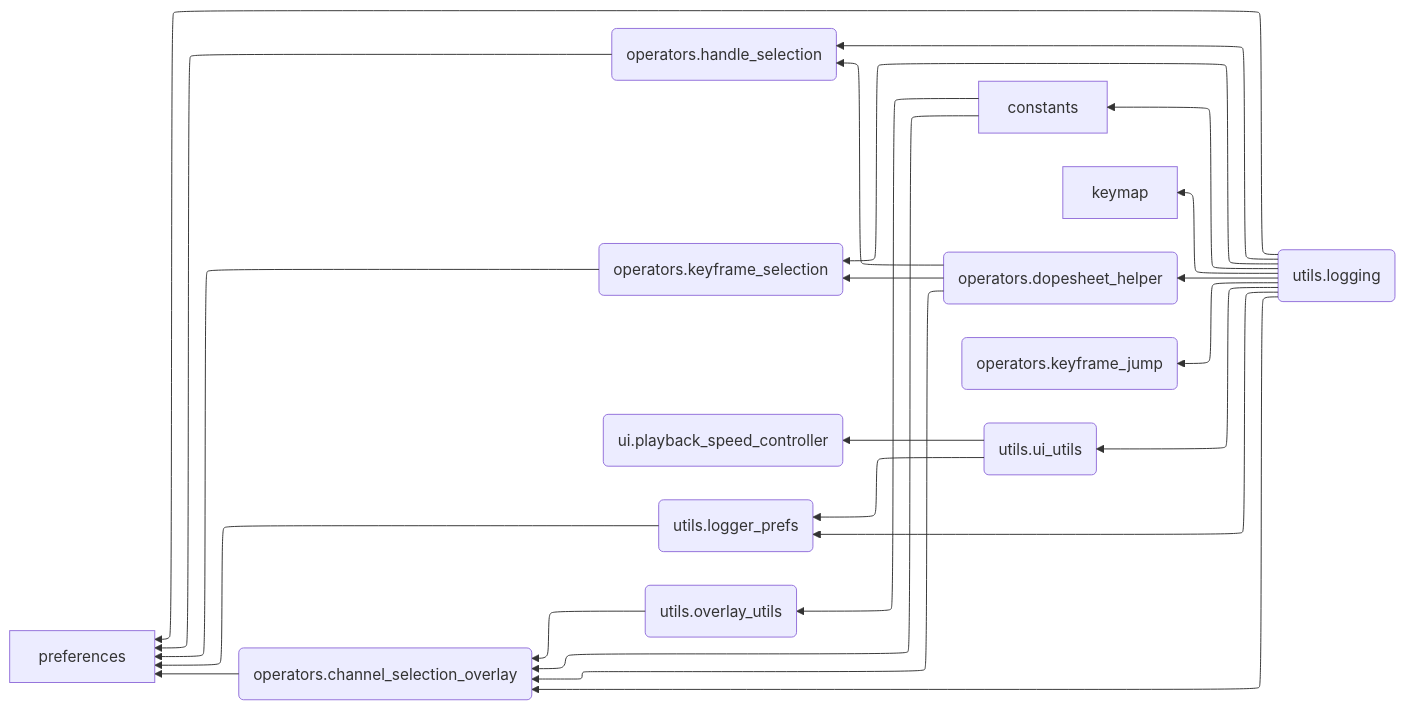
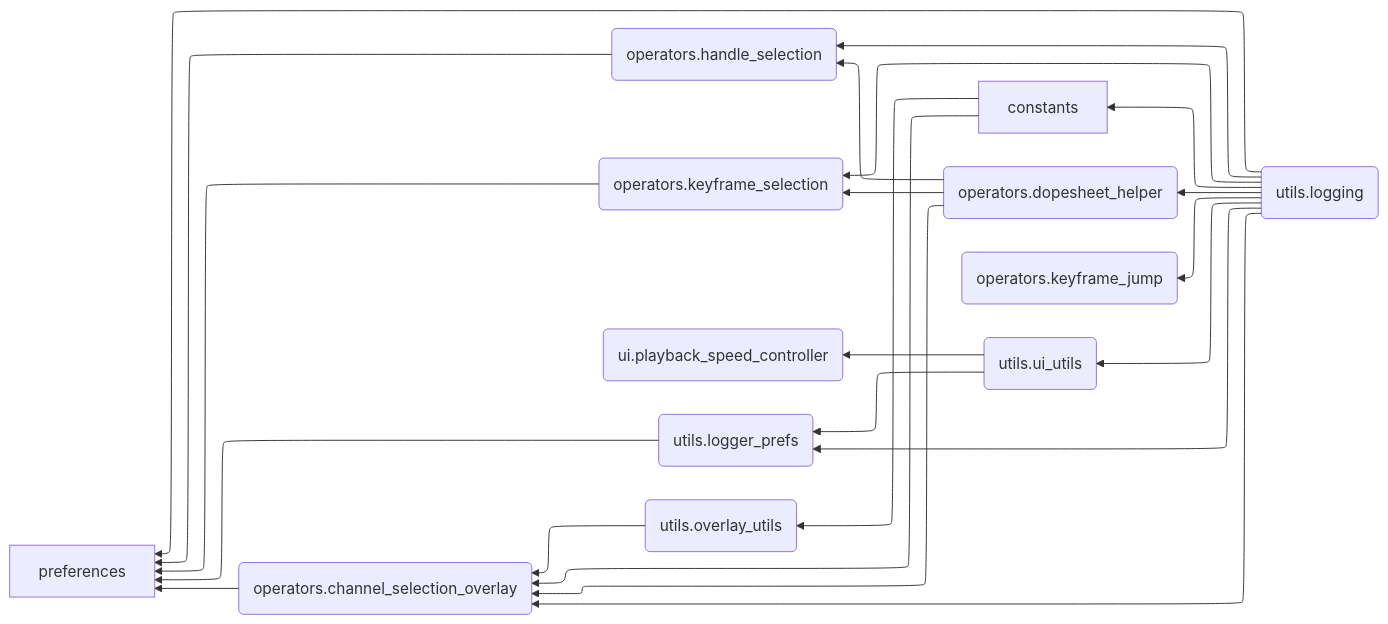
One commit to Pluglug/graph_monkey changed the diagram in docs/debug/module_dependencies.mmd. Above: the diagram before and after it, drawn with Mermaid. The commit also changed 12 other files, not shown here.

```diff
--- a/docs/debug/module_dependencies.mmd
+++ b/docs/debug/module_dependencies.mmd
@@ -1,43 +1,41 @@
 ---
 config:
   theme: mc
   layout: elk
   flowchart:
     curve: basis
 ---
 flowchart RL
     constants[constants]
-    keymap[keymap]
     operators_channel_selection_overlay(operators.channel_selection_overlay)
     operators_dopesheet_helper(operators.dopesheet_helper)
     operators_handle_selection(operators.handle_selection)
     operators_keyframe_jump(operators.keyframe_jump)
     operators_keyframe_selection(operators.keyframe_selection)
     preferences[preferences]
     ui_playback_speed_controller(ui.playback_speed_controller)
     utils_logger_prefs(utils.logger_prefs)
     utils_logging(utils.logging)
     utils_overlay_utils(utils.overlay_utils)
     utils_ui_utils(utils.ui_utils)
     constants --> operators_channel_selection_overlay
     constants --> utils_overlay_utils
     operators_channel_selection_overlay --> preferences
     operators_dopesheet_helper --> operators_channel_selection_overlay
     operators_dopesheet_helper --> operators_handle_selection
     operators_dopesheet_helper --> operators_keyframe_selection
     operators_handle_selection --> preferences
     operators_keyframe_selection --> preferences
     utils_logger_prefs --> preferences
     utils_logging --> constants
-    utils_logging --> keymap
     utils_logging --> operators_channel_selection_overlay
     utils_logging --> operators_dopesheet_helper
     utils_logging --> operators_handle_selection
     utils_logging --> operators_keyframe_jump
     utils_logging --> operators_keyframe_selection
     utils_logging --> preferences
     utils_logging --> utils_logger_prefs
     utils_logging --> utils_ui_utils
     utils_overlay_utils --> operators_channel_selection_overlay
     utils_ui_utils --> ui_playback_speed_controller
     utils_ui_utils --> utils_logger_prefs
```
